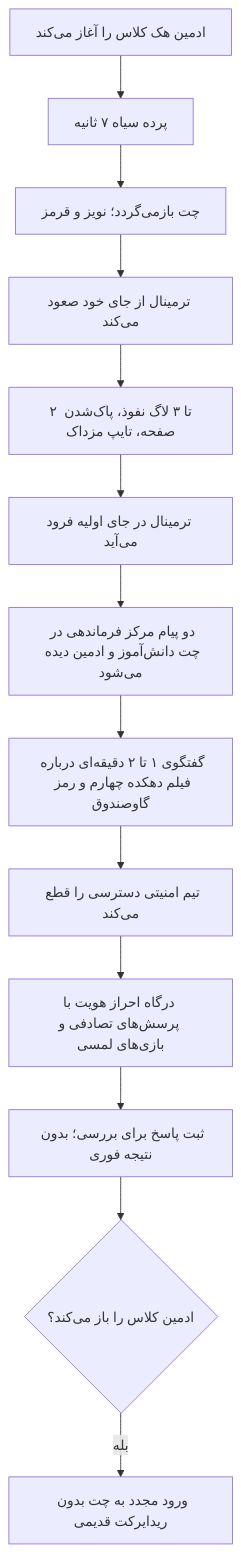
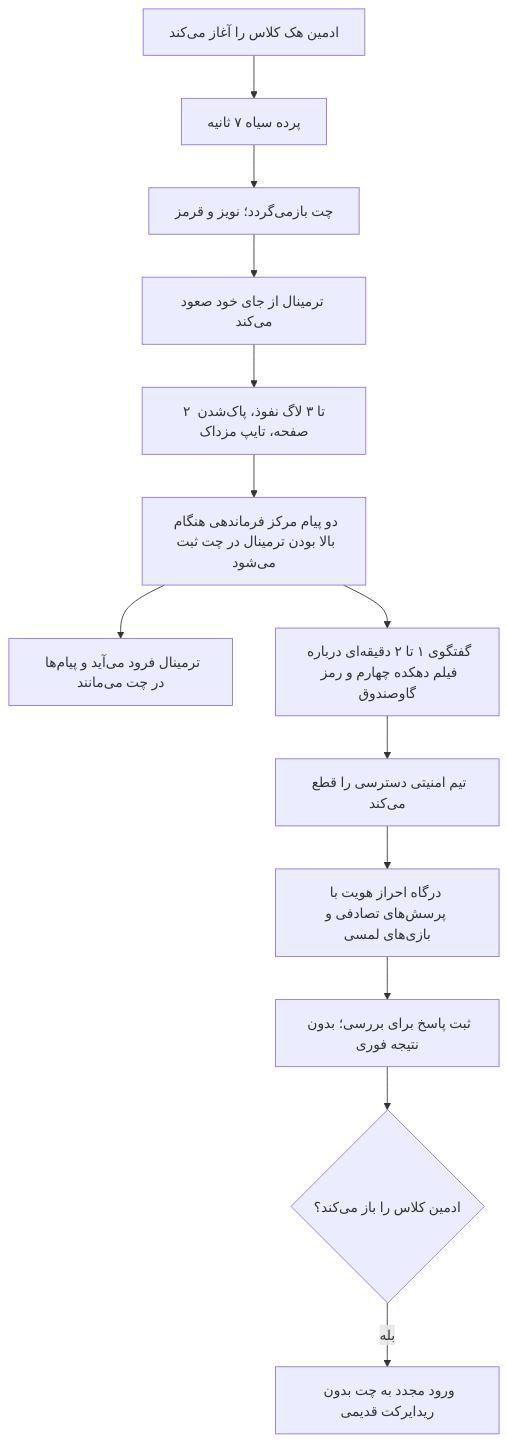
One commit to elyas5203/RazeDehkade changed the diagram in docs/ai/masters/MASTER_18_CINEMATIC_BREACH_AND_AUTH_REVIEW.md. Above: the diagram before and after it, drawn with Mermaid. The commit also changed other lines of this file and 3 other files, not shown here.

````diff
--- a/docs/ai/masters/MASTER_18_CINEMATIC_BREACH_AND_AUTH_REVIEW.md
+++ b/docs/ai/masters/MASTER_18_CINEMATIC_BREACH_AND_AUTH_REVIEW.md
@@ -26,15 +26,15 @@
 ```mermaid
 flowchart TD
-  A[ادمین هک کلاس را آغاز می‌کند] --> B[پرده سیاه ۷ ثانیه]
-  B --> C[چت بازمی‌گردد؛ نویز و قرمز]
-  C --> D[ترمینال از جای خود صعود می‌کند]
-  D --> E[۲ تا ۳ لاگ نفوذ، پاک‌شدن صفحه، تایپ مزداک]
-  E --> F[ترمینال در جای اولیه فرود می‌آید]
-  F --> G[دو پیام مرکز فرماندهی در چت دانش‌آموز و ادمین دیده می‌شود]
-  G --> H[گفتگوی ۱ تا ۲ دقیقه‌ای درباره فیلم دهکده چهارم و رمز گاوصندوق]
-  H --> I[تیم امنیتی دسترسی را قطع می‌کند]
-  I --> J[درگاه احراز هویت با پرسش‌های تصادفی و بازی‌های لمسی]
-  J --> K[ثبت پاسخ برای بررسی؛ بدون نتیجه فوری]
-  K --> L{ادمین کلاس را باز می‌کند؟}
-  L -->|بله| M[ورود مجدد به چت بدون ریدایرکت قدیمی]
+  A["ادمین هک کلاس را آغاز می‌کند"] --> B["پرده سیاه ۷ ثانیه"]
+  B --> C["چت بازمی‌گردد؛ نویز و قرمز"]
+  C --> D["ترمینال از جای خود صعود می‌کند"]
+  D --> E["۲ تا ۳ لاگ نفوذ، پاک‌شدن صفحه، تایپ مزداک"]
+  E --> G["دو پیام مرکز فرماندهی هنگام بالا بودن ترمینال در چت ثبت می‌شود"]
+  G --> F["ترمینال فرود می‌آید و پیام‌ها در چت می‌مانند"]
+  G --> H["گفتگوی ۱ تا ۲ دقیقه‌ای درباره فیلم دهکده چهارم و رمز گاوصندوق"]
+  H --> I["تیم امنیتی دسترسی را قطع می‌کند"]
+  I --> J["درگاه احراز هویت با پرسش‌های تصادفی و بازی‌های لمسی"]
+  J --> K["ثبت پاسخ برای بررسی؛ بدون نتیجه فوری"]
+  K --> L{"ادمین کلاس را باز می‌کند؟"}
+  L -->|بله| M["ورود مجدد به چت بدون ریدایرکت قدیمی"]
 ```
````
